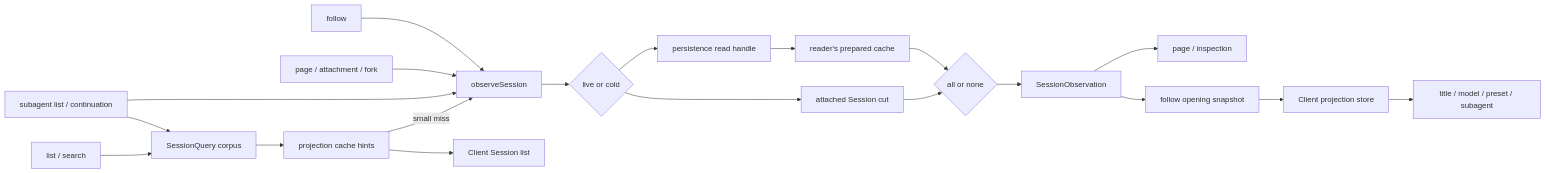
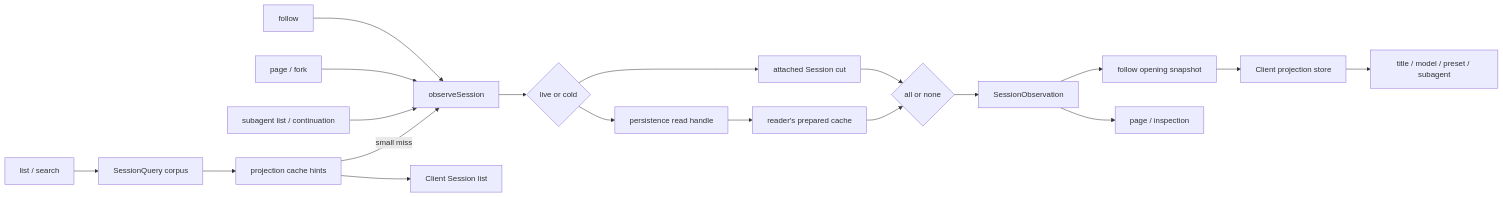
Before and after one commit to gong88888888/deepseekharness1m: the diagram in .agents/notes/implemented/architecture/2026-08-25-session-observations-and-projection-owned-client-state.md, drawn with Mermaid. The commit also changed other lines of this file and 20974 other files, not shown here.

````diff
--- a/.agents/notes/implemented/architecture/2026-08-25-session-observations-and-projection-owned-client-state.md
+++ b/.agents/notes/implemented/architecture/2026-08-25-session-observations-and-projection-owned-client-state.md
@@ -23,22 +23,21 @@
 ```mermaid
 flowchart LR
   List["list / search"] --> Corpus["SessionQuery corpus"]
   Follow["follow"] --> Observe["observeSession"]
-  Page["page / attachment / fork"] --> Observe
-  Subagent["subagent list / continuation"] --> Corpus
-  Subagent --> Observe
+  Page["page / fork"] --> Observe
+  Subagent["subagent list / continuation"] --> Observe
   Corpus --> Cache["projection cache hints"]
   Cache --> ClientList["Client Session list"]
   Cache -->|"small miss"| Observe
   Observe --> Source{"live or cold"}
   Source --> Live["attached Session cut"]
   Source --> Borrow["persistence read handle"]
   Borrow --> Prepared["reader's prepared cache"]
   Live --> Mode{"all or none"}
   Prepared --> Mode
   Mode --> Snapshot["SessionObservation"]
   Snapshot --> Opening["follow opening snapshot"]
   Snapshot --> Read["page / inspection"]
   Opening --> Store["Client projection store"]
   Store --> Domain["title / model / preset / subagent"]
 ```
````
